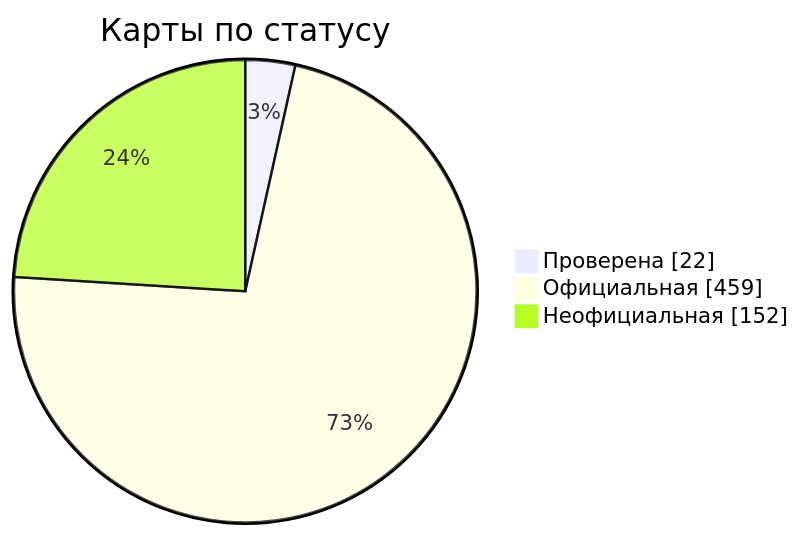
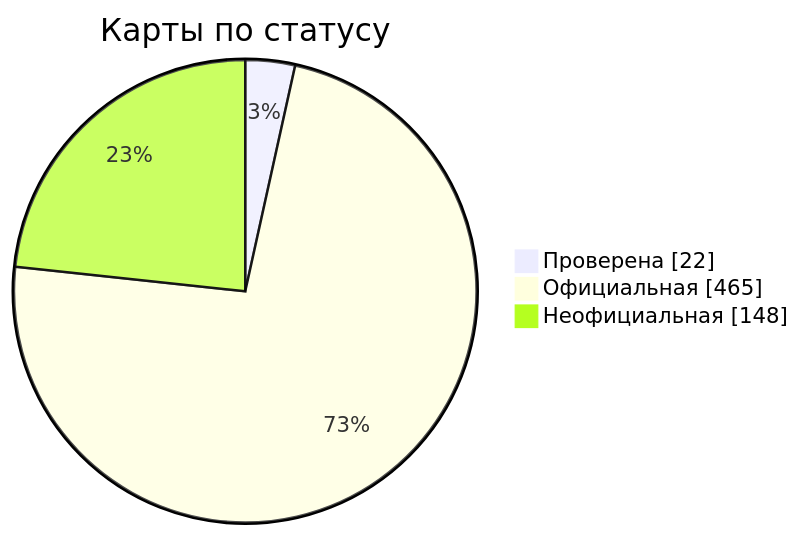
One commit to nobrega8/mbmap-library changed the diagram in docs/readme/README_RU.md. Above: the diagram before and after it, drawn with Mermaid. The commit also changed 4 other files, not shown here.

````diff
--- a/docs/readme/README_RU.md
+++ b/docs/readme/README_RU.md
@@ -54,7 +54,7 @@
 ```mermaid
 pie showData
     title Карты по статусу
     "Проверена" : 22
-    "Официальная" : 459
-    "Неофициальная" : 152
+    "Официальная" : 465
+    "Неофициальная" : 148
 ```
````
